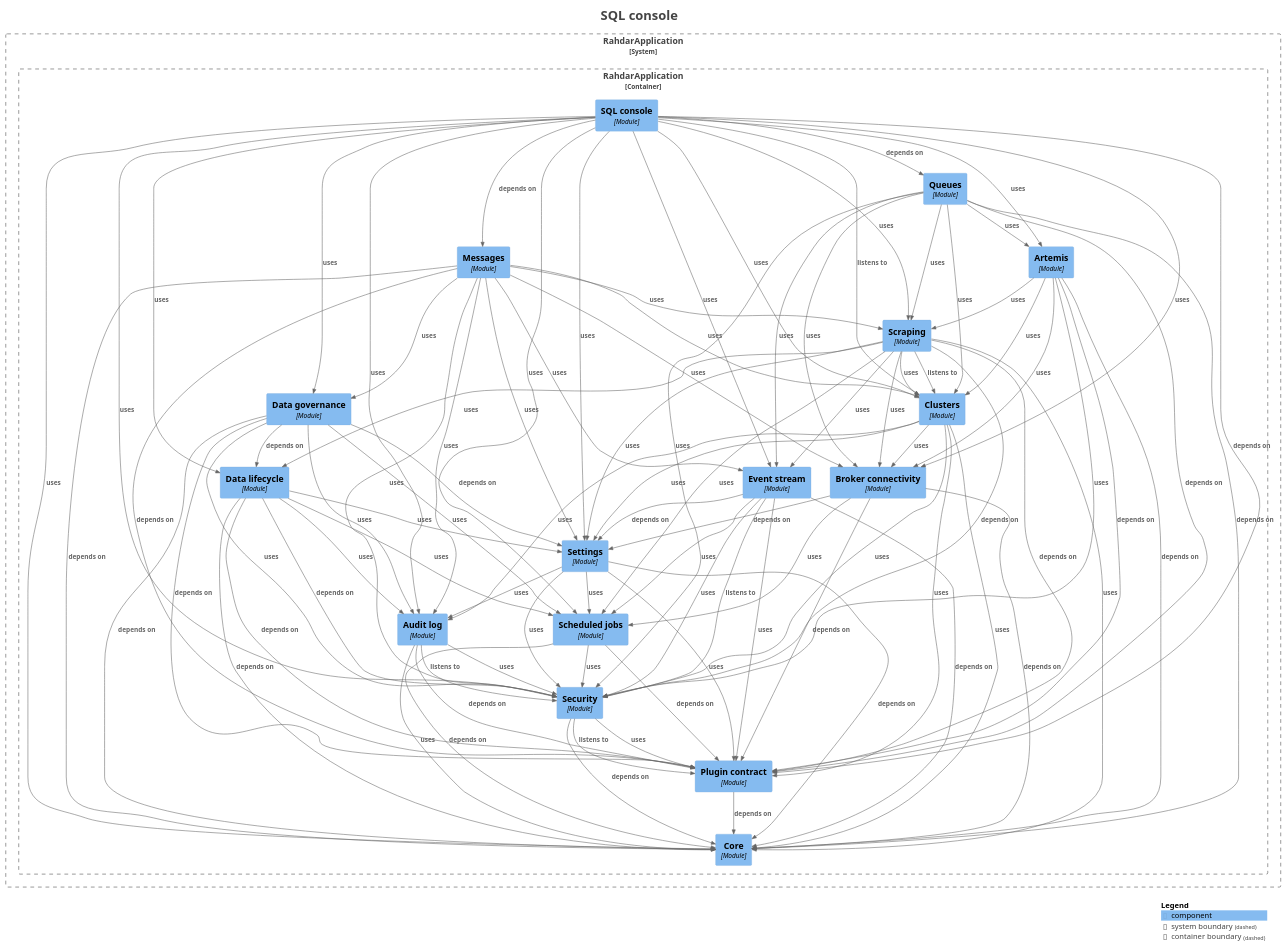
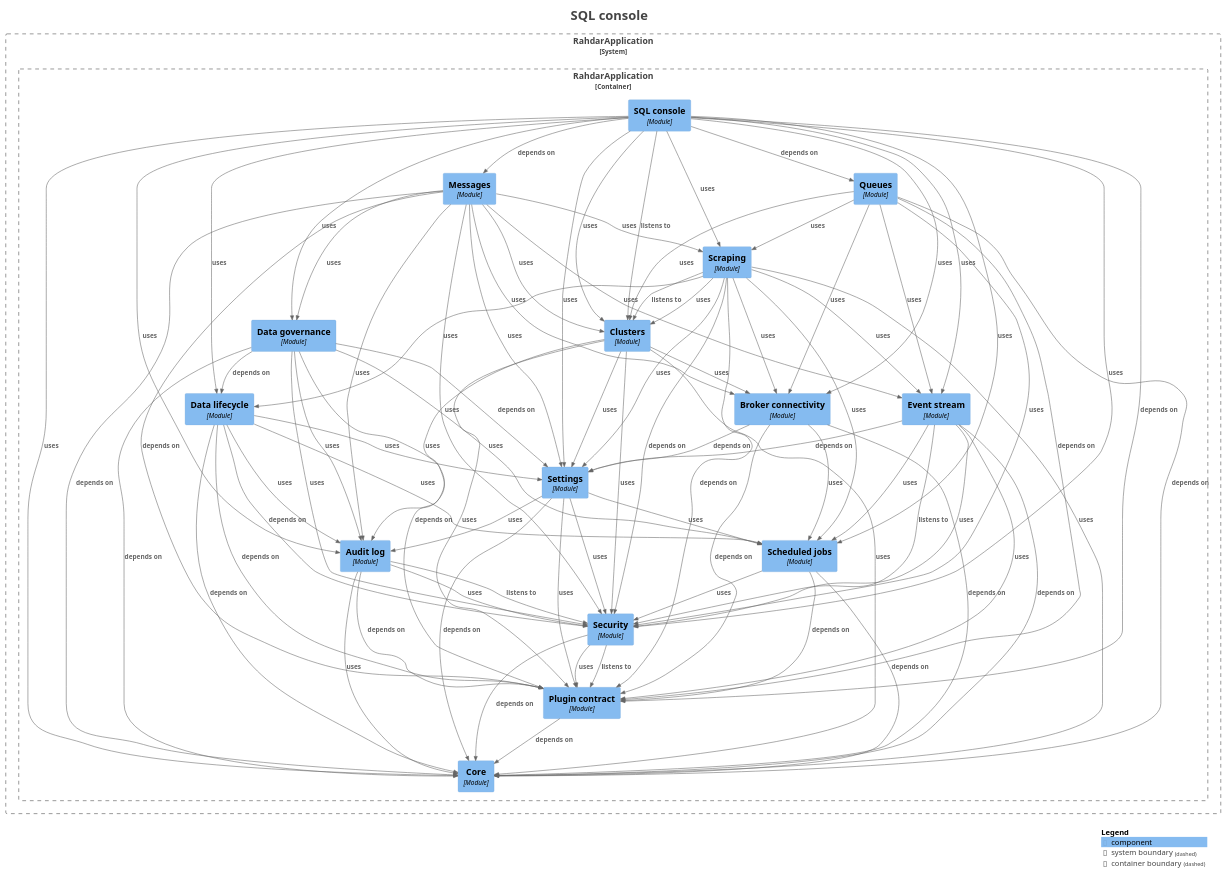
Before and after one commit to sudoitir/rahdar: the diagram in docs/modules/module-feature.sql.puml, drawn with PlantUML. The commit also changed 63 other files, not shown here.

First line of the commit message:
refactor(broker): move taps, transfer staging and flow sampling behind system extensions

```diff
--- a/docs/modules/module-feature.sql.puml
+++ b/docs/modules/module-feature.sql.puml
@@ -17,7 +17,6 @@
 
 System_Boundary("RahdarApplication_boundary", "RahdarApplication", $tags="") {
   Container_Boundary("RahdarApplication.RahdarApplication_boundary", "RahdarApplication", $tags="") {
-    Component(RahdarApplication.RahdarApplication.Artemis, "Artemis", $techn="Module", $descr="", $tags="", $link="")
     Component(RahdarApplication.RahdarApplication.Auditlog, "Audit log", $techn="Module", $descr="", $tags="", $link="")
     Component(RahdarApplication.RahdarApplication.Brokerconnectivity, "Broker connectivity", $techn="Module", $descr="", $tags="", $link="")
     Component(RahdarApplication.RahdarApplication.Clusters, "Clusters", $techn="Module", $descr="", $tags="", $link="")
@@ -37,12 +36,6 @@
 
 }
 
-Rel(RahdarApplication.RahdarApplication.Artemis, RahdarApplication.RahdarApplication.Brokerconnectivity, "uses", $techn="", $tags="", $link="")
-Rel(RahdarApplication.RahdarApplication.Artemis, RahdarApplication.RahdarApplication.Clusters, "uses", $techn="", $tags="", $link="")
-Rel(RahdarApplication.RahdarApplication.Artemis, RahdarApplication.RahdarApplication.Core, "depends on", $techn="", $tags="", $link="")
-Rel(RahdarApplication.RahdarApplication.Artemis, RahdarApplication.RahdarApplication.Plugincontract, "depends on", $techn="", $tags="", $link="")
-Rel(RahdarApplication.RahdarApplication.Artemis, RahdarApplication.RahdarApplication.Scraping, "uses", $techn="", $tags="", $link="")
-Rel(RahdarApplication.RahdarApplication.Artemis, RahdarApplication.RahdarApplication.Security, "uses", $techn="", $tags="", $link="")
 Rel(RahdarApplication.RahdarApplication.Auditlog, RahdarApplication.RahdarApplication.Core, "uses", $techn="", $tags="", $link="")
 Rel(RahdarApplication.RahdarApplication.Auditlog, RahdarApplication.RahdarApplication.Plugincontract, "depends on", $techn="", $tags="", $link="")
 Rel(RahdarApplication.RahdarApplication.Auditlog, RahdarApplication.RahdarApplication.Security, "listens to", $techn="", $tags="", $link="")
@@ -87,7 +80,6 @@
 Rel(RahdarApplication.RahdarApplication.Messages, RahdarApplication.RahdarApplication.Security, "uses", $techn="", $tags="", $link="")
 Rel(RahdarApplication.RahdarApplication.Messages, RahdarApplication.RahdarApplication.Settings, "uses", $techn="", $tags="", $link="")
 Rel(RahdarApplication.RahdarApplication.Plugincontract, RahdarApplication.RahdarApplication.Core, "depends on", $techn="", $tags="", $link="")
-Rel(RahdarApplication.RahdarApplication.Queues, RahdarApplication.RahdarApplication.Artemis, "uses", $techn="", $tags="", $link="")
 Rel(RahdarApplication.RahdarApplication.Queues, RahdarApplication.RahdarApplication.Brokerconnectivity, "uses", $techn="", $tags="", $link="")
 Rel(RahdarApplication.RahdarApplication.Queues, RahdarApplication.RahdarApplication.Clusters, "uses", $techn="", $tags="", $link="")
 Rel(RahdarApplication.RahdarApplication.Queues, RahdarApplication.RahdarApplication.Core, "depends on", $techn="", $tags="", $link="")
@@ -95,7 +87,6 @@
 Rel(RahdarApplication.RahdarApplication.Queues, RahdarApplication.RahdarApplication.Plugincontract, "depends on", $techn="", $tags="", $link="")
 Rel(RahdarApplication.RahdarApplication.Queues, RahdarApplication.RahdarApplication.Scraping, "uses", $techn="", $tags="", $link="")
 Rel(RahdarApplication.RahdarApplication.Queues, RahdarApplication.RahdarApplication.Security, "uses", $techn="", $tags="", $link="")
-Rel(RahdarApplication.RahdarApplication.SQLconsole, RahdarApplication.RahdarApplication.Artemis, "uses", $techn="", $tags="", $link="")
 Rel(RahdarApplication.RahdarApplication.SQLconsole, RahdarApplication.RahdarApplication.Auditlog, "uses", $techn="", $tags="", $link="")
 Rel(RahdarApplication.RahdarApplication.SQLconsole, RahdarApplication.RahdarApplication.Brokerconnectivity, "uses", $techn="", $tags="", $link="")
 Rel(RahdarApplication.RahdarApplication.SQLconsole, RahdarApplication.RahdarApplication.Clusters, "listens to", $techn="", $tags="", $link="")
```
